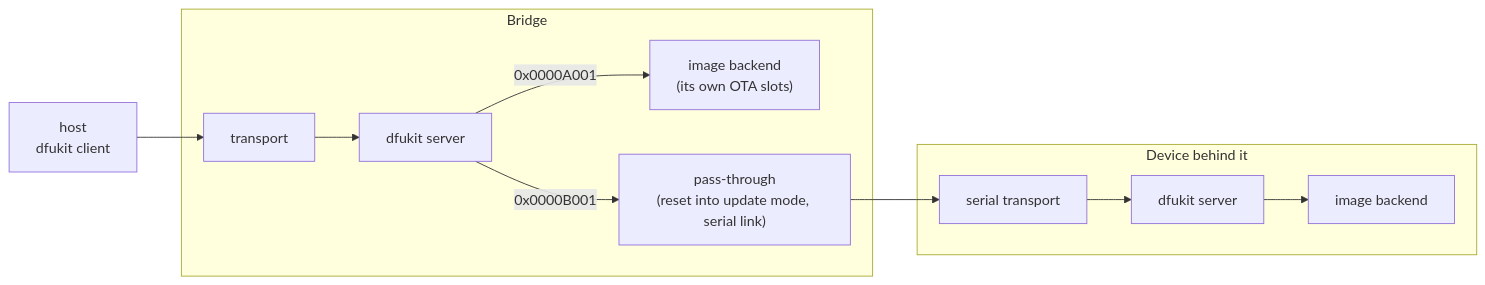
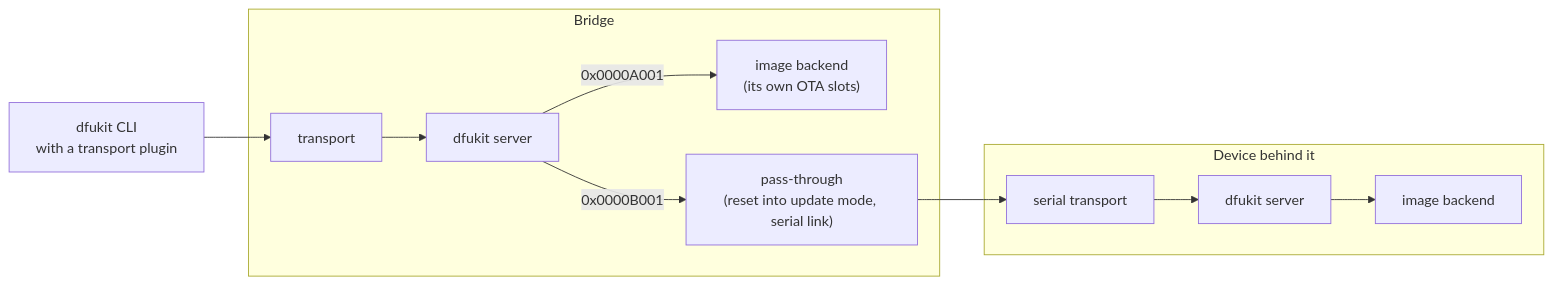
Before and after one commit to fvsolutions-dev/dfukit: diagram 15 of 15 in DESIGN.md, drawn with Mermaid. The commit also changed other lines of this file and 17 other files, not shown here.

Commit message:
add transport support and dfukit commandine

````diff
--- a/DESIGN.md
+++ b/DESIGN.md
@@ -521,14 +552,14 @@
 ```mermaid
 flowchart LR
-    tool["host<br/>dfukit client"]
+    tool["dfukit CLI<br/>with a transport plugin"]
     subgraph br [Bridge]
         tr["transport"] --> srv[dfukit server]
         srv -- "0x0000A001" --> ota["image backend<br/>(its own OTA slots)"]
         srv -- "0x0000B001" --> pt["pass-through<br/>(reset into update mode, serial link)"]
     end
     subgraph dev [Device behind it]
         ser["serial transport"] --> srv2["dfukit server"] --> img["image backend"]
     end
     tool --> tr
     pt --> ser
 ```
````
